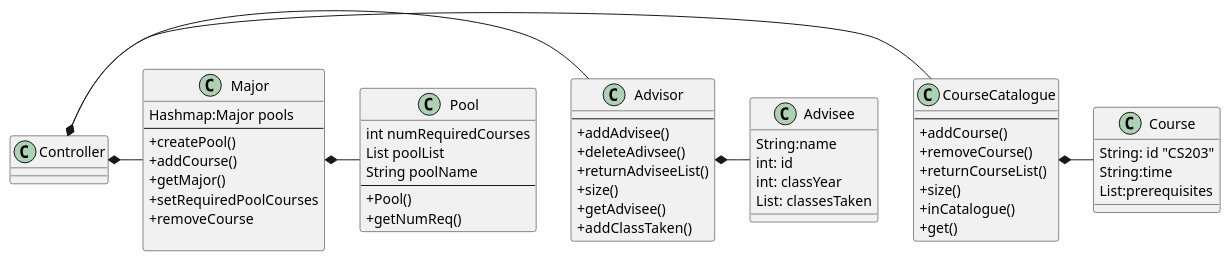
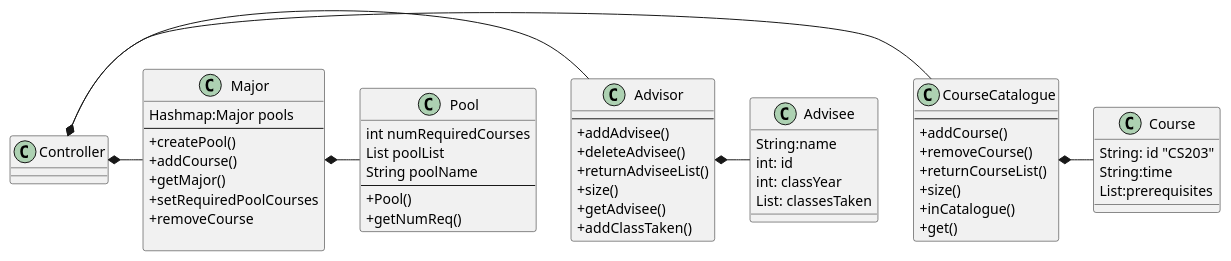
Before and after one commit to Jofosu/professor-student-advising-app: the diagram in IntelliJ/Doc/class-diagram.puml, drawn with PlantUML. The commit also changed 3 other files, not shown here.

```diff
--- a/IntelliJ/Doc/class-diagram.puml
+++ b/IntelliJ/Doc/class-diagram.puml
@@ -1,67 +1,67 @@
 @startuml
 skinparam classAttributeIconSize 0
 
 class CourseCatalogue{
 --
 +addCourse()
 +removeCourse()
 +returnCourseList()
 +size()
 +inCatalogue()
 +get()
 }
 
 class Course{
 String: id "CS203"
 String:time
 List:prerequisites
 }
 
 class Advisor{
 --
 +addAdvisee()
-+deleteAdivsee()
++deleteAdvisee()
 +returnAdviseeList()
 +size()
 +getAdvisee()
 +addClassTaken()
 }
 
 class Advisee{
 String:name
 int: id
 int: classYear
 List: classesTaken
 
 }
 
 class Major{
 Hashmap:Major pools
 --
 +createPool()
 +addCourse()
 +getMajor()
 +setRequiredPoolCourses
 +removeCourse
 
 }
 class Pool{
 int numRequiredCourses
 List poolList
 String poolName
 --
 +Pool()
 +getNumReq()
 }
 
 class Controller{
 
 }
 
 CourseCatalogue *- Course
 Advisor *- Advisee
 Controller *- CourseCatalogue
 Controller *- Advisor
 Major *- Pool
 Controller *- Major
 @enduml
```
